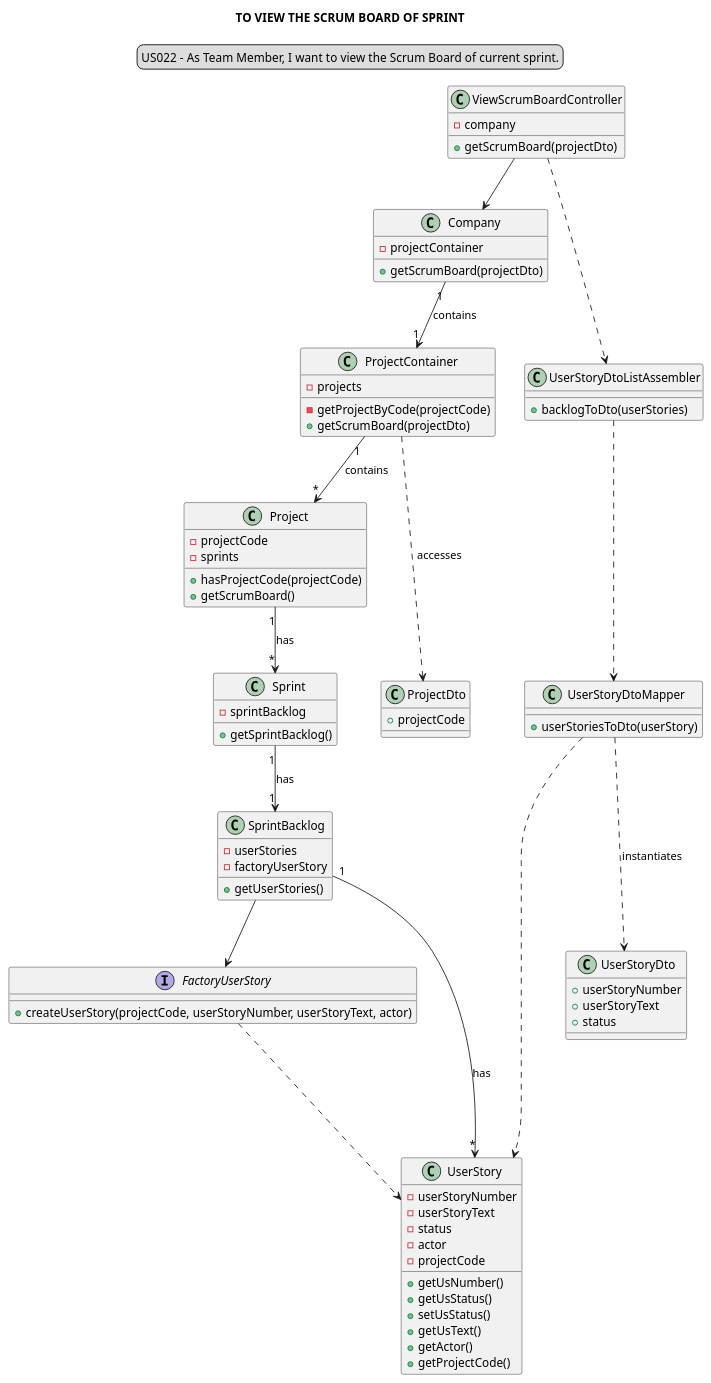
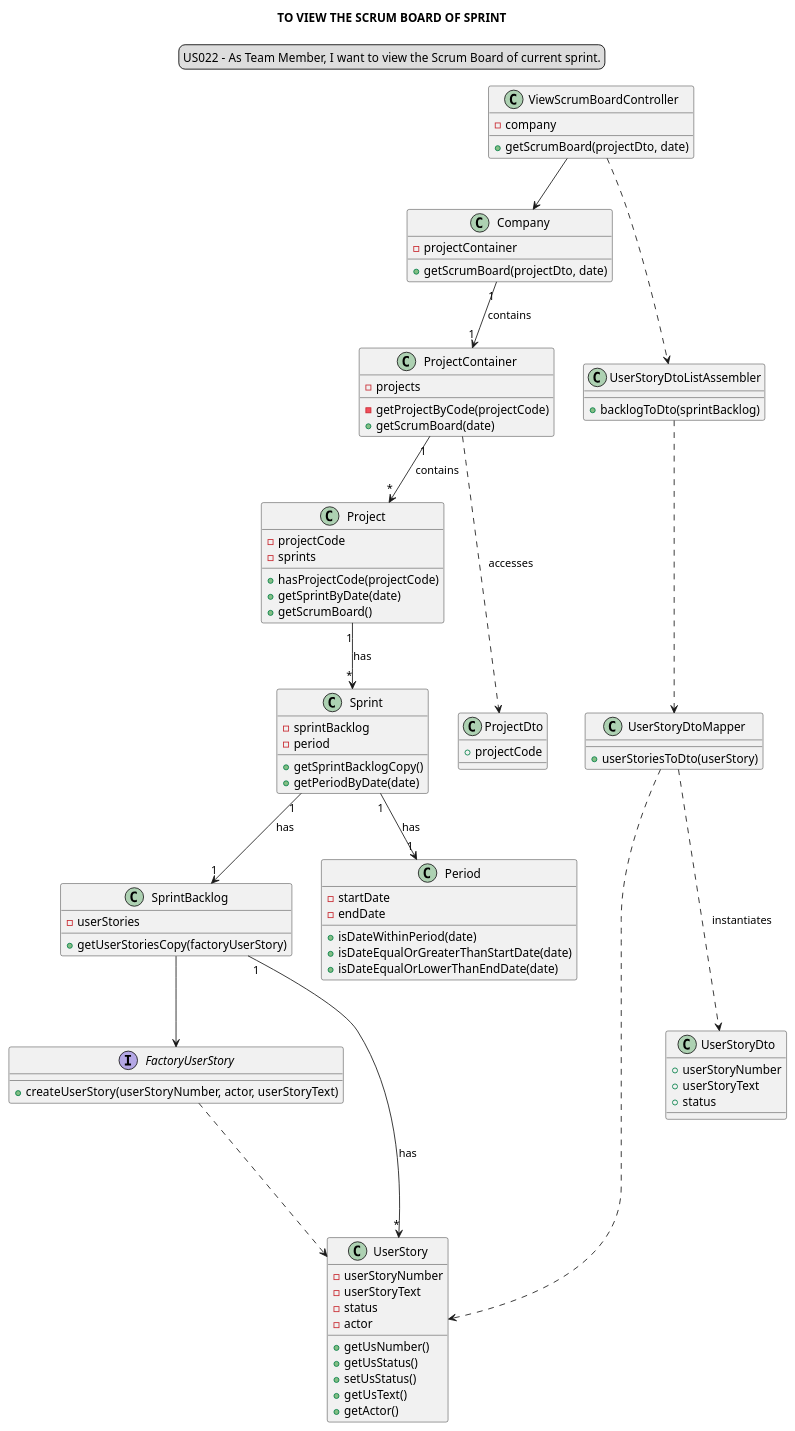
The diagram in docs/modelling_design/user_stories/sprint03/us022/US022_classDiagram.puml (Loracline/project_switch_22-23), drawn with PlantUML before and after one commit. The commit also changed 2 other files, not shown here.

```diff
--- a/docs/modelling_design/user_stories/sprint03/us022/US022_classDiagram.puml
+++ b/docs/modelling_design/user_stories/sprint03/us022/US022_classDiagram.puml
@@ -1,106 +1,115 @@
 @startuml
 
 skinparam sequenceMessageAlign center
 title TO VIEW THE SCRUM BOARD OF SPRINT
 legend top
 US022 - As Team Member, I want to view the Scrum Board of current sprint.
 end legend
 
 class ViewScrumBoardController
 class Company
 class ProjectContainer
 class Project
 class Sprint
 class SprintBacklog
 class ProjectDto
 interface FactoryUserStory
 class UserStory
 class UserStoryDtoListAssembler
 class UserStoryDtoMapper
 class UserStoryDto
 
 class ViewScrumBoardController {
 -company
-+getScrumBoard(projectDto)
++getScrumBoard(projectDto, date)
 }
 
 class Company {
 -projectContainer
-+getScrumBoard(projectDto)
++getScrumBoard(projectDto, date)
 }
 
 class ProjectContainer {
 -projects
 -getProjectByCode(projectCode)
-+getScrumBoard(projectDto)
++getScrumBoard(date)
 }
 
 class Project {
 -projectCode
 -sprints
 +hasProjectCode(projectCode)
++getSprintByDate(date)
 +getScrumBoard()
 }
 
 class Sprint {
 -sprintBacklog
-+getSprintBacklog()
+-period
++getSprintBacklogCopy()
++getPeriodByDate(date)
+}
+
+class Period {
+-startDate
+-endDate
++isDateWithinPeriod(date)
++isDateEqualOrGreaterThanStartDate(date)
++isDateEqualOrLowerThanEndDate(date)
 }
 
 class SprintBacklog {
 -userStories
--factoryUserStory
-+getUserStories()
++getUserStoriesCopy(factoryUserStory)
 }
 
 class ProjectDto {
 +projectCode
 }
 
 interface FactoryUserStory {
-+createUserStory(projectCode, userStoryNumber, userStoryText, actor)
++createUserStory(userStoryNumber, actor, userStoryText)
 }
 
 class UserStory {
 -userStoryNumber
 -userStoryText
 -status
 -actor
--projectCode
 +getUsNumber()
 +getUsStatus()
 +setUsStatus()
 +getUsText()
 +getActor()
-+getProjectCode()
 }
 
 class UserStoryDto {
 +userStoryNumber
 +userStoryText
 +status
 }
 
 class UserStoryDtoMapper {
 +userStoriesToDto(userStory)
 }
 
 class UserStoryDtoListAssembler {
-+backlogToDto(userStories)
++backlogToDto(sprintBacklog)
 }
 
 "ViewScrumBoardController" --> "Company"
 "Company" "1" --> "1" "ProjectContainer": contains
 "ProjectContainer" "1" --> "*" "Project": contains
 "Project" "1" --> "*" "Sprint": has
 "Sprint" "1" --> "1" "SprintBacklog": has
+"Sprint" "1" --> "1" "Period": has
 "SprintBacklog" --> "FactoryUserStory"
 "SprintBacklog" "1" --> "*" "UserStory": has
 "FactoryUserStory" .--> "UserStory"
 "ProjectContainer" .--> "ProjectDto": accesses
 "ViewScrumBoardController" .--> "UserStoryDtoListAssembler"
 "UserStoryDtoListAssembler" .--> "UserStoryDtoMapper"
 "UserStoryDtoMapper" .--> "UserStoryDto": instantiates
 "UserStoryDtoMapper" .--> "UserStory"
 
 @enduml
```
